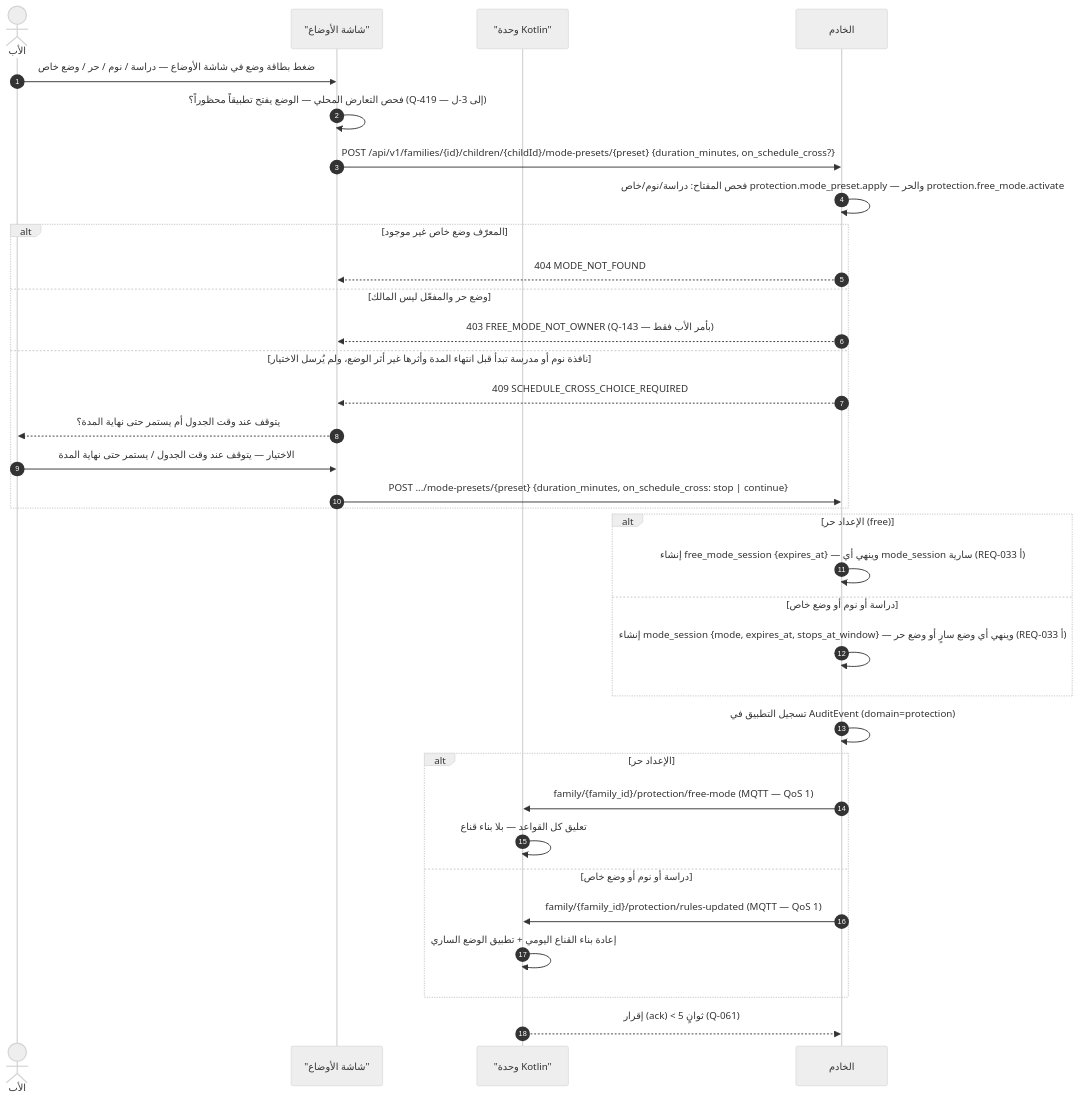
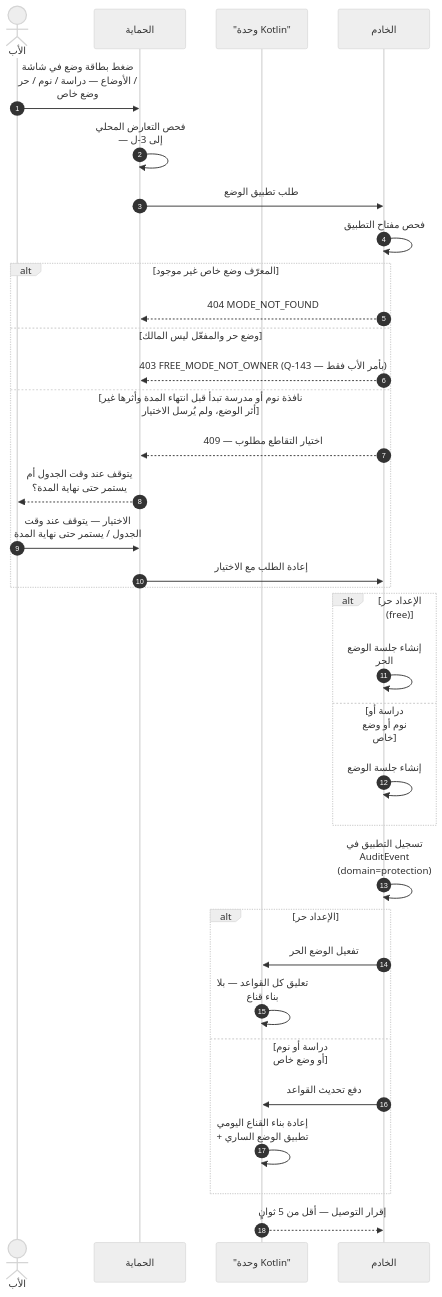
One commit to Bassam-mohammed-alqaeadi/family-os-v2 changed diagram 14 of 45 in docs/family-os/governance/phases/phase-1/S1-10-protection-and-enforcement/DIAGRAMS.md. Above: the diagram before and after it, drawn with Mermaid (neutral theme). The commit also changed other lines of this file, not shown here.

````diff
--- a/docs/family-os/governance/phases/phase-1/S1-10-protection-and-enforcement/DIAGRAMS.md
+++ b/docs/family-os/governance/phases/phase-1/S1-10-protection-and-enforcement/DIAGRAMS.md
@@ -650,36 +706,37 @@
 ```mermaid
+%%{init: {"sequence": {"wrap": true}}}%%
 sequenceDiagram
     autonumber
     actor Father as الأب
-    participant S110 as "شاشة الأوضاع"
+    participant S110 as الحماية
     participant K as "وحدة Kotlin"
     participant Ktor as الخادم
     Father->>S110: ضغط بطاقة وضع في شاشة الأوضاع — دراسة / نوم / حر / وضع خاص
-    S110->>S110: فحص التعارض المحلي — الوضع يفتح تطبيقاً محظوراً؟ (Q-419 — إلى 3-ل)
-    S110->>Ktor: POST /api/v1/families/{id}/children/{childId}/mode-presets/{preset} {duration_minutes, on_schedule_cross?}
-    Ktor->>Ktor: فحص المفتاح: دراسة/نوم/خاص protection.mode_preset.apply — والحر protection.free_mode.activate
+    S110->>S110: فحص التعارض المحلي — إلى 3-ل
+    S110->>Ktor: طلب تطبيق الوضع
+    Ktor->>Ktor: فحص مفتاح التطبيق
     alt المعرّف وضع خاص غير موجود
         Ktor-->>S110: 404 MODE_NOT_FOUND
     else وضع حر والمفعّل ليس المالك
         Ktor-->>S110: 403 FREE_MODE_NOT_OWNER (Q-143 — بأمر الأب فقط)
     else نافذة نوم أو مدرسة تبدأ قبل انتهاء المدة وأثرها غير أثر الوضع، ولم يُرسل الاختيار
-        Ktor-->>S110: 409 SCHEDULE_CROSS_CHOICE_REQUIRED
+        Ktor-->>S110: 409 — اختيار التقاطع مطلوب
         S110-->>Father: يتوقف عند وقت الجدول أم يستمر حتى نهاية المدة؟
         Father->>S110: الاختيار — يتوقف عند وقت الجدول / يستمر حتى نهاية المدة
-        S110->>Ktor: POST .../mode-presets/{preset} {duration_minutes, on_schedule_cross: stop | continue}
+        S110->>Ktor: إعادة الطلب مع الاختيار
     end
     alt الإعداد حر (free)
-        Ktor->>Ktor: إنشاء free_mode_session {expires_at} — وينهي أي mode_session سارية (REQ-033 أ)
+        Ktor->>Ktor: إنشاء جلسة الوضع الحر
     else دراسة أو نوم أو وضع خاص
-        Ktor->>Ktor: إنشاء mode_session {mode, expires_at, stops_at_window} — وينهي أي وضع سارٍ أو وضع حر (REQ-033 أ)
+        Ktor->>Ktor: إنشاء جلسة الوضع
     end
     Ktor->>Ktor: تسجيل التطبيق في AuditEvent (domain=protection)
     alt الإعداد حر
-        Ktor->>K: family/{family_id}/protection/free-mode (MQTT — QoS 1)
+        Ktor->>K: تفعيل الوضع الحر
         K->>K: تعليق كل القواعد — بلا بناء قناع
     else دراسة أو نوم أو وضع خاص
-        Ktor->>K: family/{family_id}/protection/rules-updated (MQTT — QoS 1)
+        Ktor->>K: دفع تحديث القواعد
         K->>K: إعادة بناء القناع اليومي + تطبيق الوضع الساري
     end
-    K-->>Ktor: إقرار (ack) < 5 ثوانٍ (Q-061)
+    K-->>Ktor: إقرار التوصيل — أقل من 5 ثوانٍ
 ```
````
